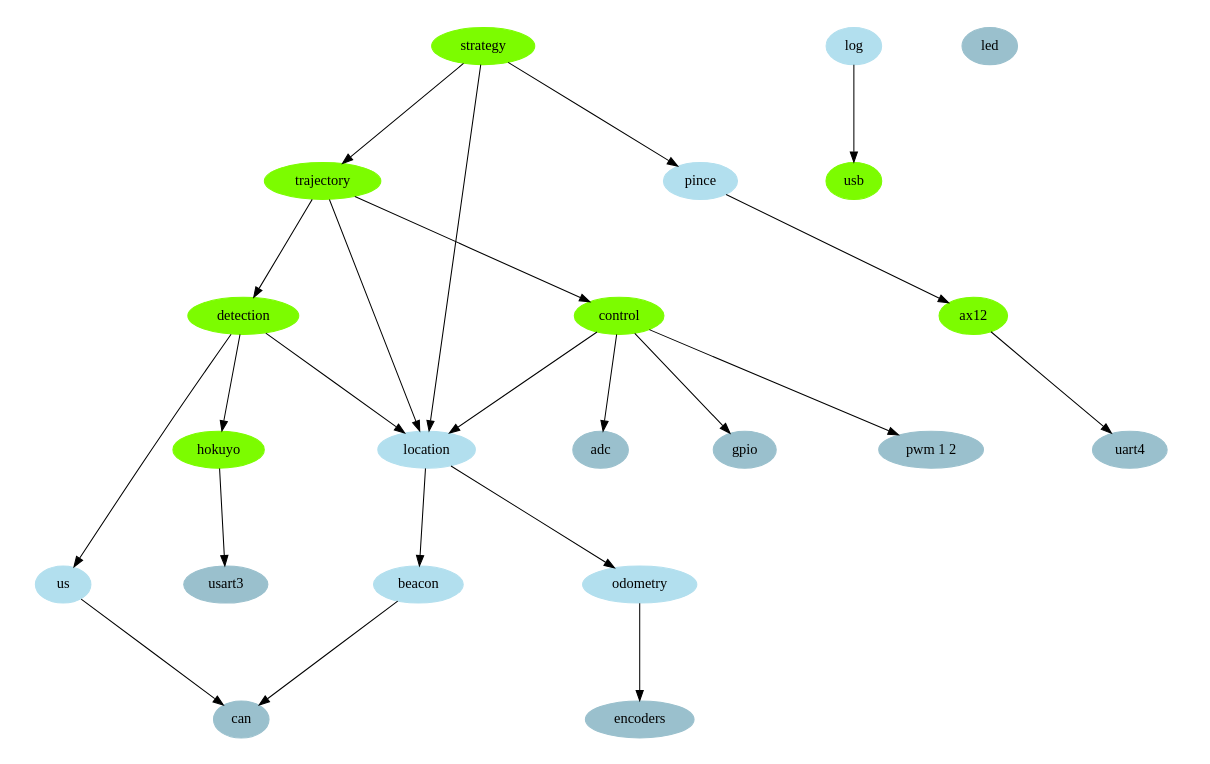
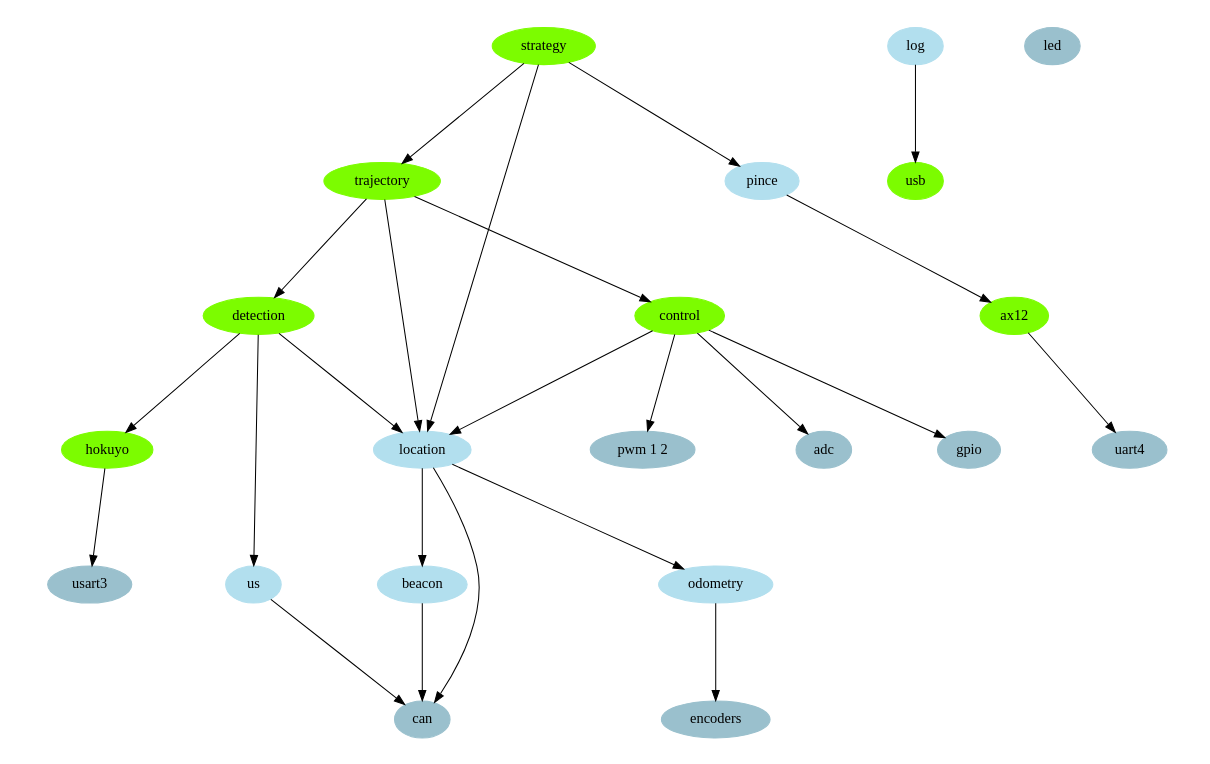
The diagram in doc/graph/architecture.dot (jbtredez/Atlantronic), drawn with Graphviz before and after one commit.

Commit message:
doc - envoi position sur le can

```diff
--- a/doc/graph/architecture.dot
+++ b/doc/graph/architecture.dot
@@ -1,65 +1,66 @@
 digraph robot
 {
 	ratio=fill;
 	size="16,10";
 	center=true;
 	maxiter=100;
 
 	// modules - taches
 	node [color=lawngreen, style=filled ]
 	strategy
 	trajectory
 	control
 	ax12
 	detection
 	usb
 	hokuyo
 
 	// modules - fonctions
 	node [color=lightblue2, style=filled ]
 	location
 	odometry
 	beacon
 	pince
 	us
 	log
 
 	// io
 	node [color=lightblue3, style=filled ]
 	{
 //		rank=same;
 		adc
 		gpio
 		"pwm 1 2"
 		encoders
 		can
 		usart3
 		uart4
 		led
 	}
 
 	// liens
 	strategy -> trajectory
 	strategy -> pince
 	control -> adc
 	control -> gpio
 	control -> location
 	trajectory -> control
 	trajectory -> detection
 	location -> odometry
 	location -> beacon
+	location -> can
 	pince -> ax12
 	detection -> hokuyo
 	detection -> us
 	detection -> location
 	trajectory -> location
 	strategy -> location
 	log -> usb
 
 	hokuyo -> usart3
 	ax12 -> uart4
 	us -> can
 	beacon -> can
 	odometry -> encoders
 	control -> "pwm 1 2"
 }
```
